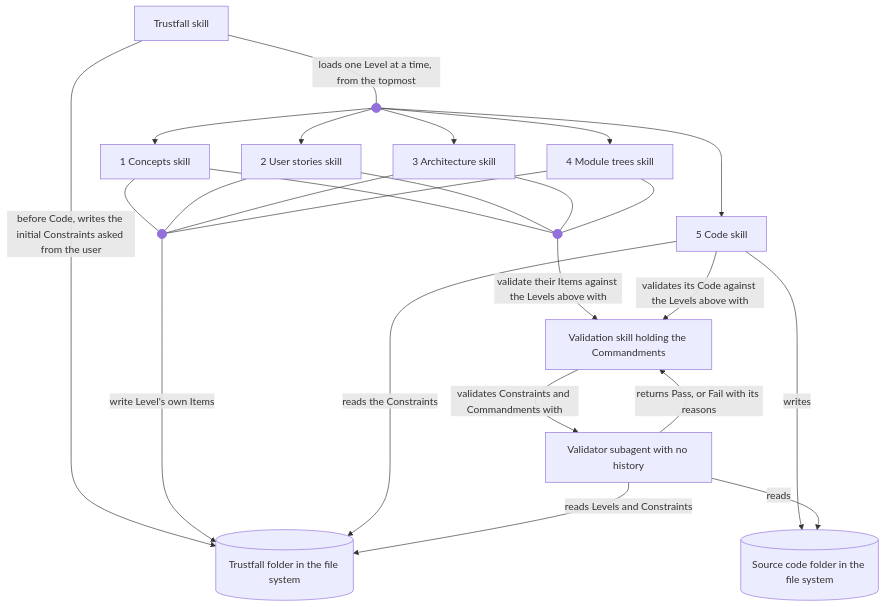
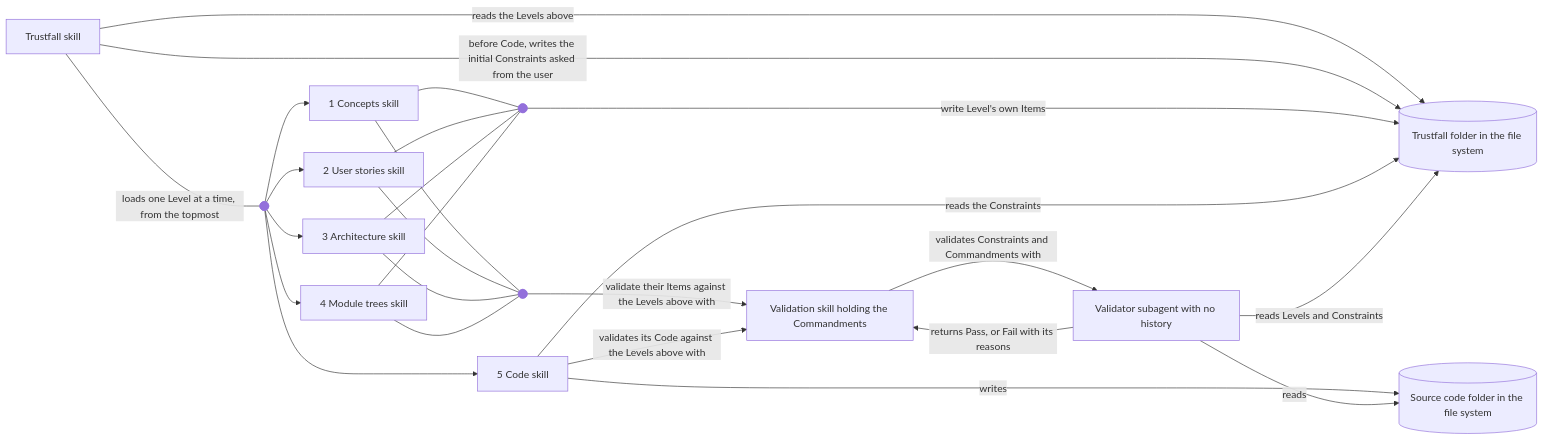
The diagram in trustfall/3-architecture.md (jehna/trustfall), drawn with Mermaid before and after one commit. The commit also changed 1 other file, not shown here.

Commit message:
Trustfall skill reads Levels, Validator subagent reads its inputs

````diff
--- a/trustfall/3-architecture.md
+++ b/trustfall/3-architecture.md
@@ -3,30 +3,31 @@
 ```mermaid
-flowchart TD
+flowchart LR
   trustfall[Trustfall skill]
   load@{ shape: f-circ }
   concepts[1 Concepts skill]
   stories[2 User stories skill]
   architecture[3 Architecture skill]
   modules[4 Module trees skill]
   code[5 Code skill]
   write@{ shape: f-circ }
   check@{ shape: f-circ }
   validation[Validation skill holding the Commandments]
   levels[(Trustfall folder in the file system)]
   source[(Source code folder in the file system)]
   subagent[Validator subagent with no history]
   trustfall -- loads one Level at a time, from the topmost --- load
   load --> concepts & stories & architecture & modules & code
+  trustfall -- reads the Levels above --> levels
   trustfall -- before Code, writes the initial Constraints asked from the user --> levels
   concepts & stories & architecture & modules --- write
   write -- write Level's own Items --> levels
   code -- reads the Constraints --> levels
   code -- writes --> source
   concepts & stories & architecture & modules --- check
   check -- validate their Items against the Levels above with --> validation
   code -- validates its Code against the Levels above with --> validation
   validation -- validates Constraints and Commandments with --> subagent
   subagent -- reads Levels and Constraints --> levels
   subagent -- reads --> source
   subagent -- returns Pass, or Fail with its reasons --> validation
 ```
````
